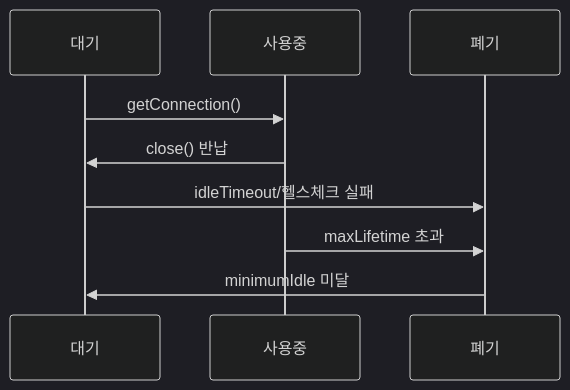
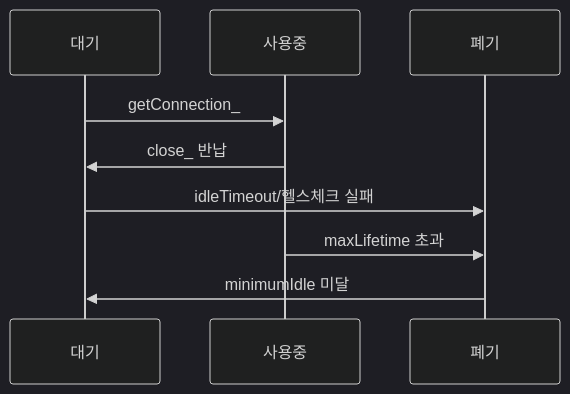
The second of 4 diagrams in _posts/db/2026-05-01-db-connection-pool.md (yjkim2015/yjkim2015.github.io), drawn with Mermaid (dark theme) before and after one commit. The commit also changed other lines of this file and 85 other files, not shown here.

First line of the commit message:
sequenceDiagram 문법 에러 2차 수정 169개 (86파일)

````diff
--- a/_posts/db/2026-05-01-db-connection-pool.md
+++ b/_posts/db/2026-05-01-db-connection-pool.md
@@ -60,8 +60,8 @@
 ```mermaid
 sequenceDiagram
-    대기->>사용중: getConnection()
-    사용중->>대기: close() 반납
+    대기->>사용중: getConnection_
+    사용중->>대기: close_ 반납
     대기->>폐기: idleTimeout/헬스체크 실패
     사용중->>폐기: maxLifetime 초과
     폐기->>대기: minimumIdle 미달
 ```
````
